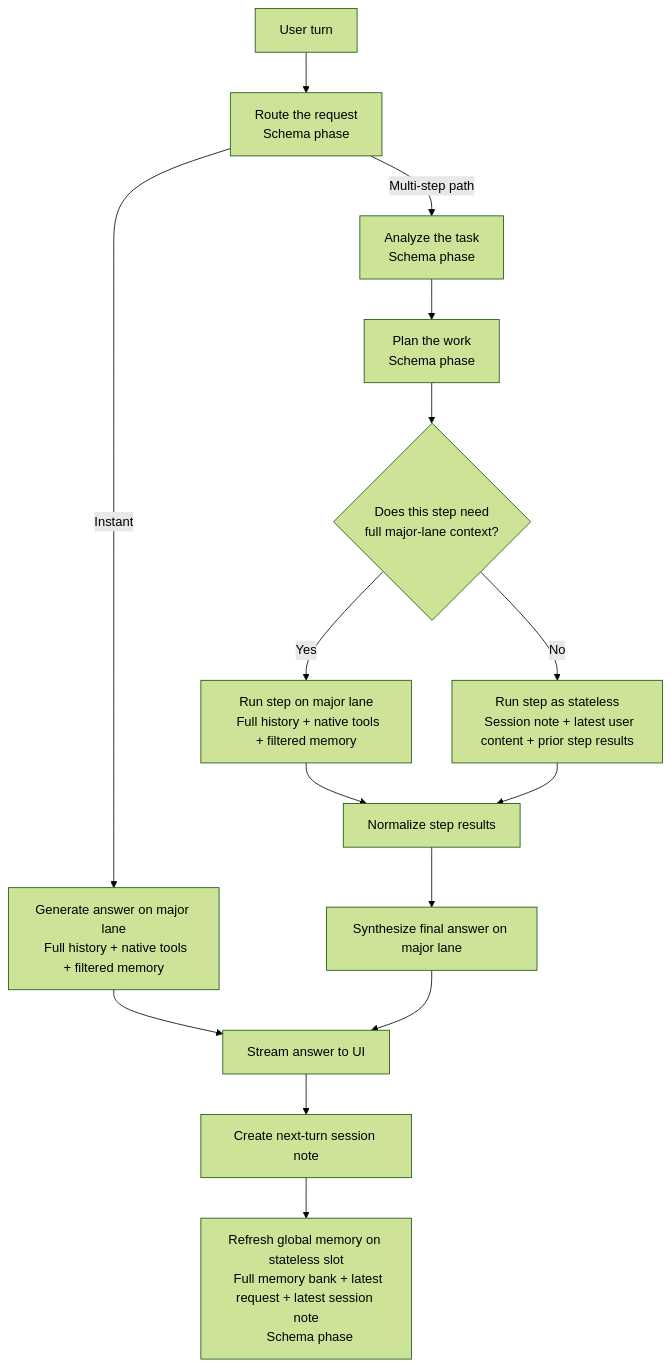
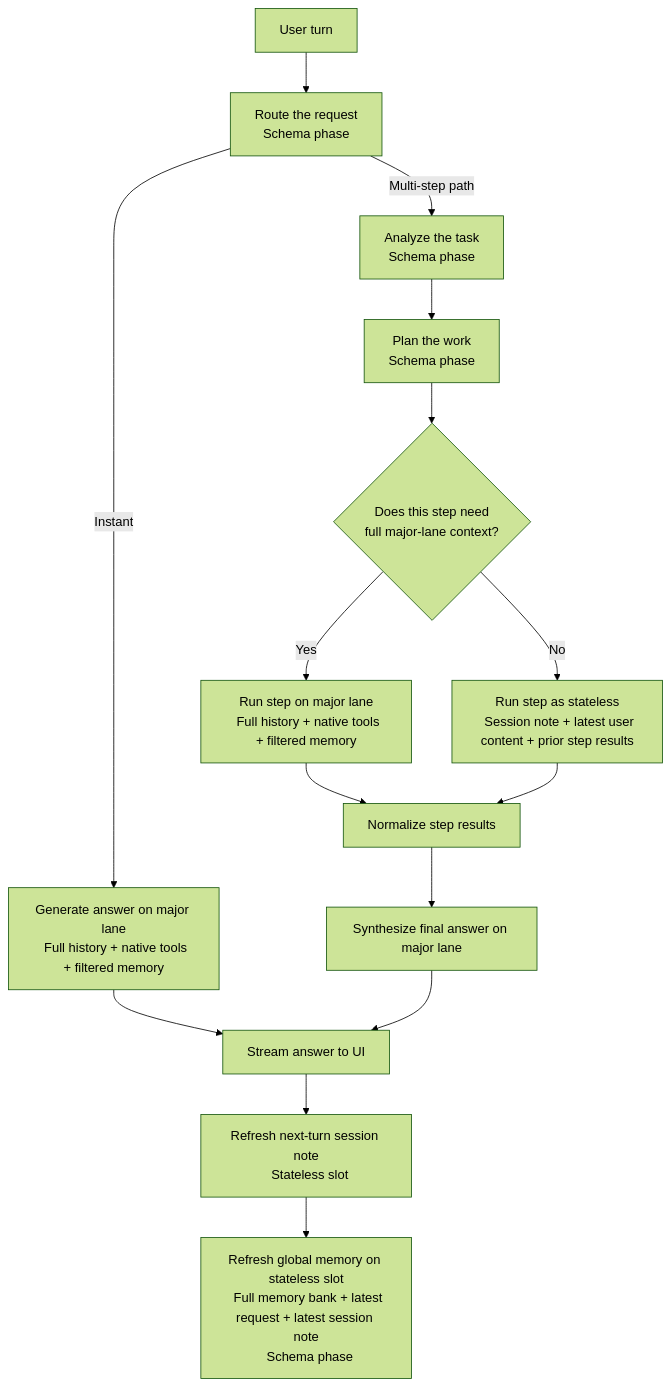
Before and after one commit to Eason023/chat-studio: the first of 3 diagrams in README.md, drawn with Mermaid (forest theme). The commit also changed other lines of this file and 1 other file, not shown here.

Commit message:
perf: unify stateless prompt shapes for session and memory refresh

````diff
--- a/README.md
+++ b/README.md
@@ -271,32 +271,33 @@
 ```mermaid
 flowchart TD
   A["User turn"] --> B["Route the request
   Schema phase"]
 
   B -->|Instant| C["Generate answer on major lane
   Full history + native tools + filtered memory"]
   B -->|Multi-step path| D["Analyze the task
   Schema phase"]
 
   D --> E["Plan the work
   Schema phase"]
   E --> F{"Does this step need
   full major-lane context?"}
 
   F -->|Yes| G["Run step on major lane
   Full history + native tools + filtered memory"]
   F -->|No| H["Run step as stateless
   Session note + latest user content + prior step results"]
 
   G --> I["Normalize step results"]
   H --> I
 
   I --> J["Synthesize final answer on major lane"]
   C --> K["Stream answer to UI"]
   J --> K
 
-  K --> L["Create next-turn session note"]
+  K --> L["Refresh next-turn session note
+  Stateless slot"]
   L --> M["Refresh global memory on stateless slot
   Full memory bank + latest request + latest session note
   Schema phase"]
 ```
````
